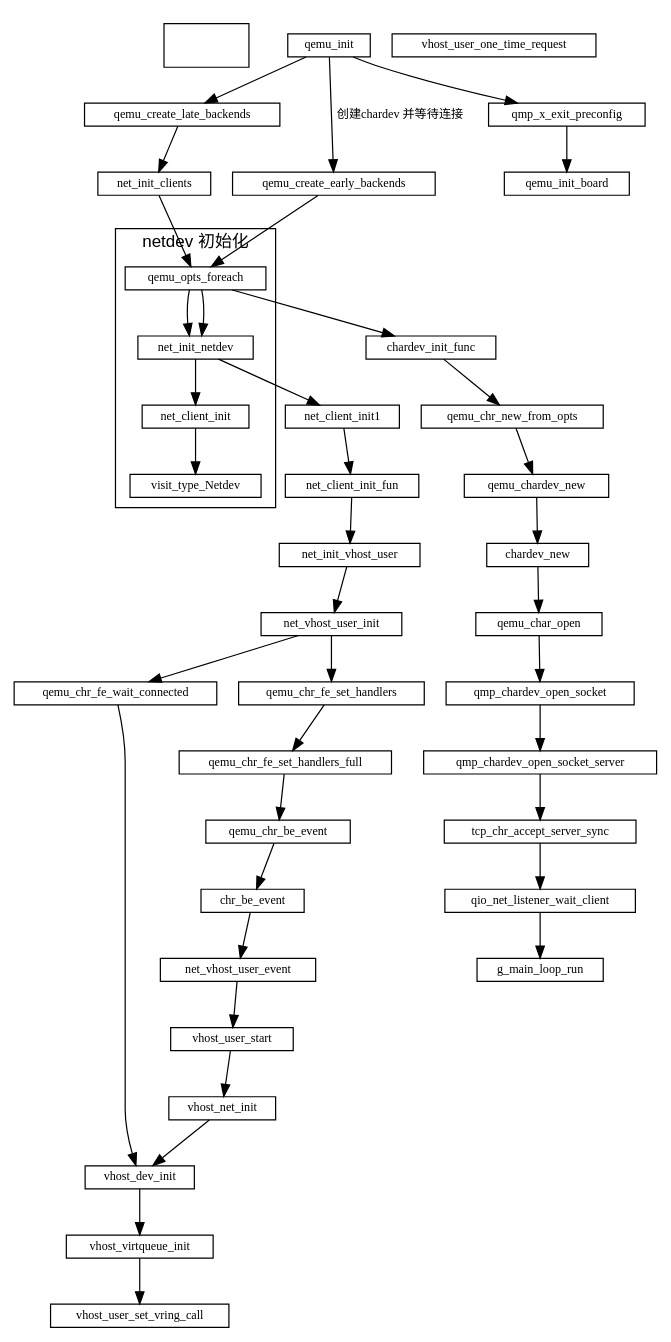
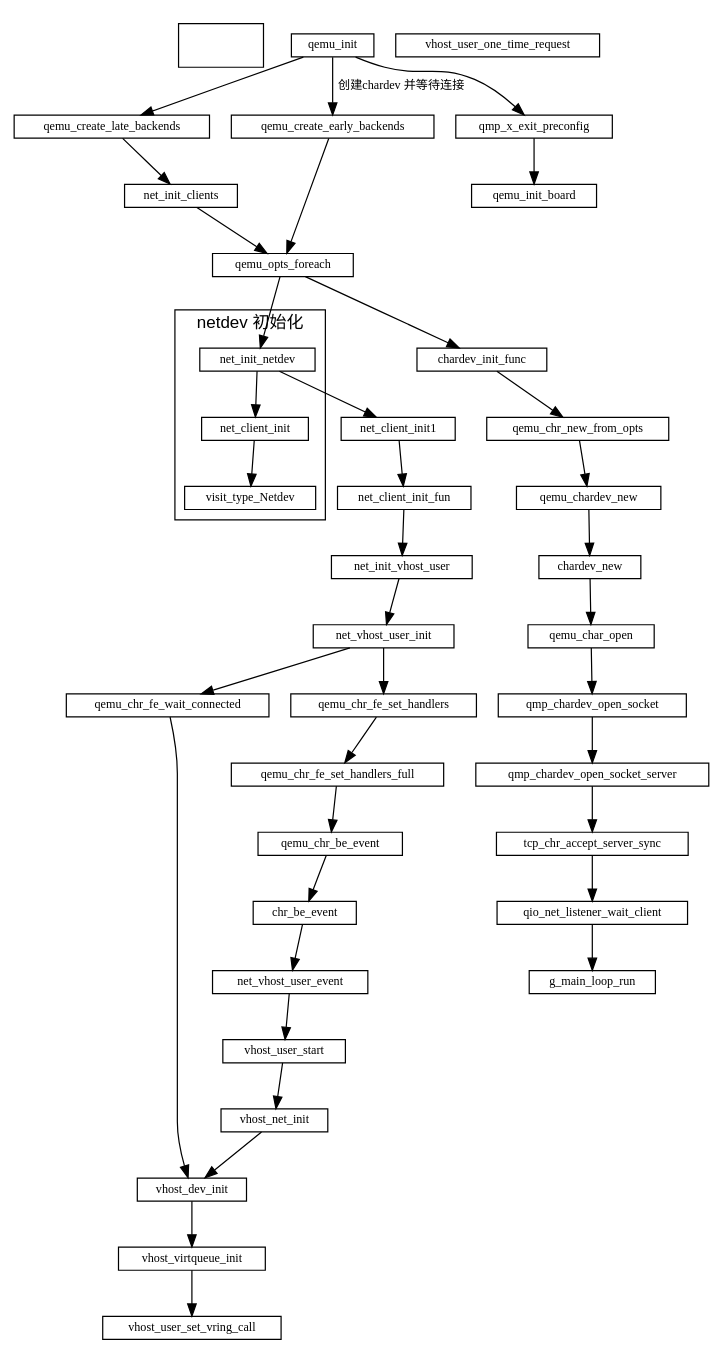
Before and after one commit to sisyphus1212/note: the diagram in qemu/qemu初始化.md, drawn with Graphviz.

Commit message:
auto_update

````diff
--- a/qemu/qemu初始化.md
+++ b/qemu/qemu初始化.md
@@ -11,67 +11,66 @@
 ```graphviz
 digraph {
     fontname="Helvetica,Arial,sans-serif"
     //node [fontname="Helvetica,Arial,sans-serif"]
     //edge [fontname="Helvetica,Arial,sans-serif"]
     //rankdir="LR"
     node [fontsize=10, shape=record, height=0.25]
     edge [fontsize=10]
 
     subgraph  {
         cluster=true
         fd  [style = invis]
     }
 
 
     qemu_init -> qemu_create_late_backends
               -> net_init_clients
               -> qemu_opts_foreach
               -> net_init_netdev
               -> net_client_init1
               -> net_client_init_fun
               -> net_init_vhost_user
               -> net_vhost_user_init
               -> qemu_chr_fe_wait_connected
               -> vhost_dev_init
 
     net_vhost_user_init -> qemu_chr_fe_set_handlers
                         -> qemu_chr_fe_set_handlers_full
                         -> qemu_chr_be_event
                         -> chr_be_event
                         -> net_vhost_user_event
                         -> vhost_user_start
                         -> vhost_net_init
                         -> vhost_dev_init
                         -> vhost_virtqueue_init
                         -> vhost_user_set_vring_call
 
     qemu_init -> qemu_create_early_backends[label="创建chardev 并等待连接"] qemu_create_early_backends -> qemu_opts_foreach
                       -> chardev_init_func
                       -> qemu_chr_new_from_opts
                       -> qemu_chardev_new
                       -> chardev_new
                       -> qemu_char_open
                       -> qmp_chardev_open_socket
                       -> qmp_chardev_open_socket_server
                       -> tcp_chr_accept_server_sync
                       -> qio_net_listener_wait_client
                       -> g_main_loop_run
 
     subgraph netdev_init {
         label="netdev 初始化";
         cluster=true;
-        qemu_opts_foreach
-        -> net_init_netdev
+        net_init_netdev
         -> net_client_init
         -> visit_type_Netdev
     }
 
     qemu_init -> qmp_x_exit_preconfig -> qemu_init_board // 初始化cpu 内存
 
     vhost_dev_init
 
     net_vhost_user_event
 
     vhost_user_one_time_request
 }
 ```
````
